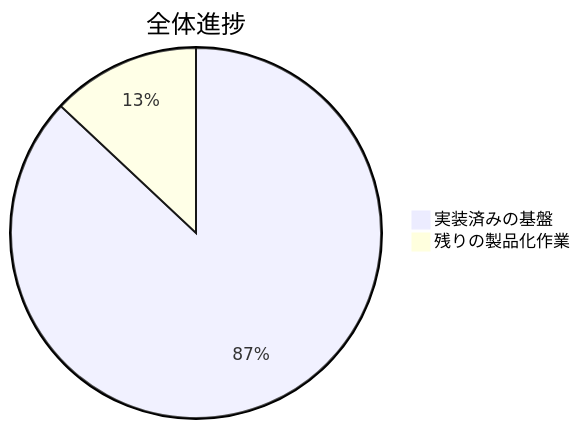
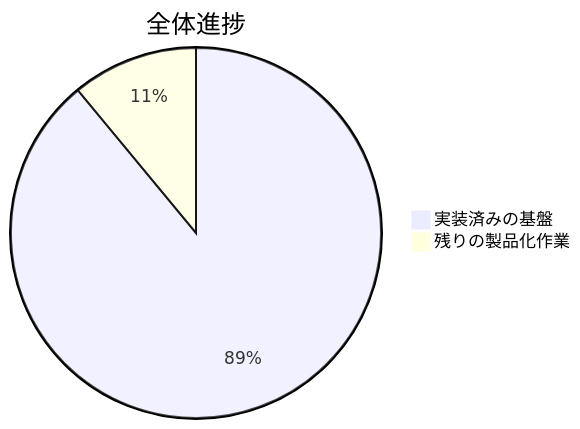
The first of 5 diagrams in README.ja.md (lingmulongtai/GlyphRay), drawn with Mermaid before and after one commit. The commit also changed other lines of this file and 17 other files, not shown here.

````diff
--- a/README.ja.md
+++ b/README.ja.md
@@ -15,5 +15,5 @@
 ```mermaid
 pie title 全体進捗
-  "実装済みの基盤" : 87
-  "残りの製品化作業" : 13
+  "実装済みの基盤" : 89
+  "残りの製品化作業" : 11
 ```
````
